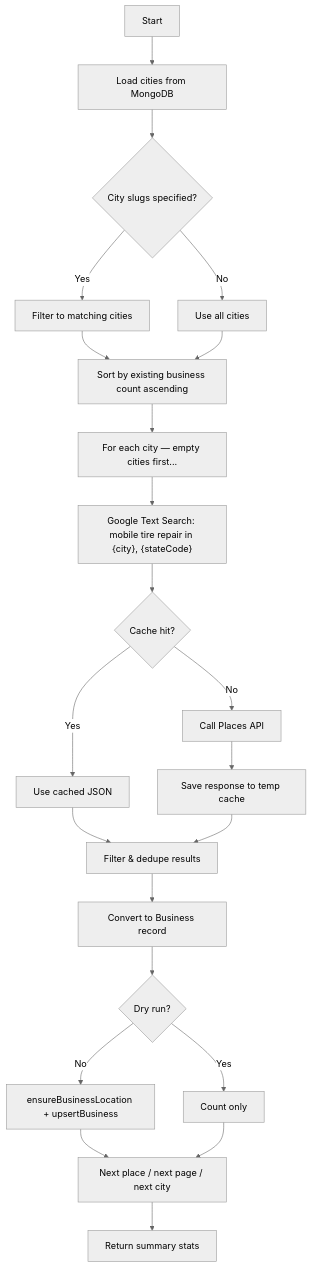
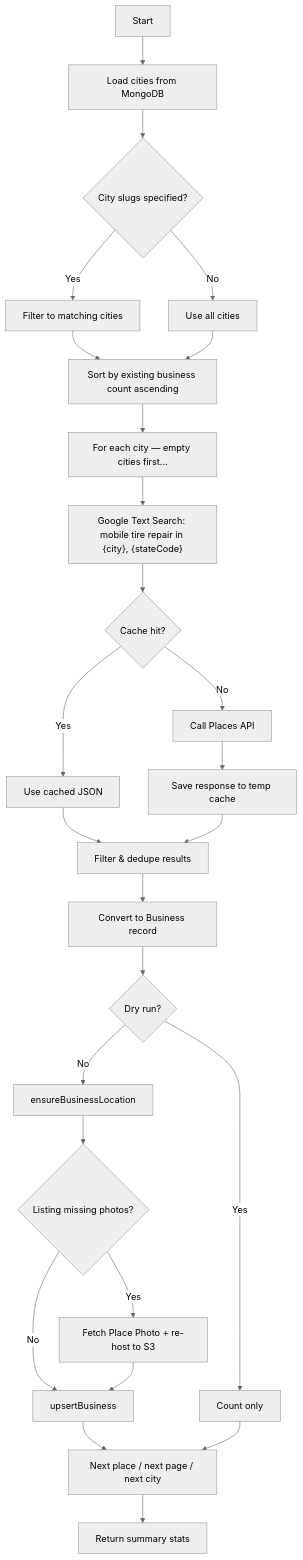
One commit to ematise/mobiltirerepair24 changed the diagram in docs/google-places-fetcher.md. Above: the diagram before and after it, drawn with Mermaid (neutral theme). The commit also changed other lines of this file and 5 other files, not shown here.

First line of the commit message:
Add Google Places listing photos during business fetch (#6)

````diff
--- a/docs/google-places-fetcher.md
+++ b/docs/google-places-fetcher.md
@@ -152,24 +155,28 @@
 ```mermaid
 flowchart TD
     A[Start] --> B[Load cities from MongoDB]
     B --> C{City slugs specified?}
     C -->|Yes| D[Filter to matching cities]
     C -->|No| E[Use all cities]
     D --> S[Sort by existing business count ascending]
     E --> S
     S --> F[For each city — empty cities first...]
     F --> G["Google Text Search: mobile tire repair in {city}, {stateCode}"]
     G --> H{Cache hit?}
     H -->|Yes| I[Use cached JSON]
     H -->|No| J[Call Places API]
     J --> K[Save response to temp cache]
     I --> L[Filter & dedupe results]
     K --> L
     L --> M[Convert to Business record]
     M --> N{Dry run?}
-    N -->|No| O[ensureBusinessLocation + upsertBusiness]
+    N -->|No| O[ensureBusinessLocation]
+    O --> PH{Listing missing photos?}
+    PH -->|Yes| PI[Fetch Place Photo + re-host to S3]
+    PH -->|No| U[upsertBusiness]
+    PI --> U
     N -->|Yes| P[Count only]
-    O --> Q[Next place / next page / next city]
+    U --> Q[Next place / next page / next city]
     P --> Q
     Q --> R[Return summary stats]
 ```
````
